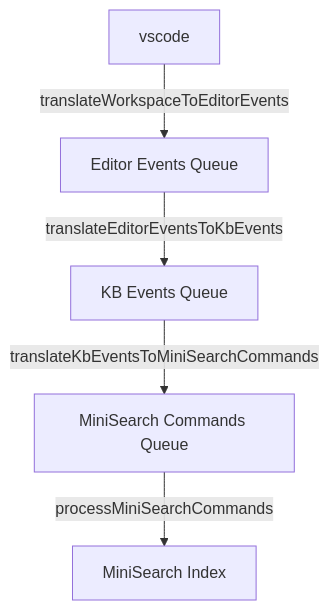
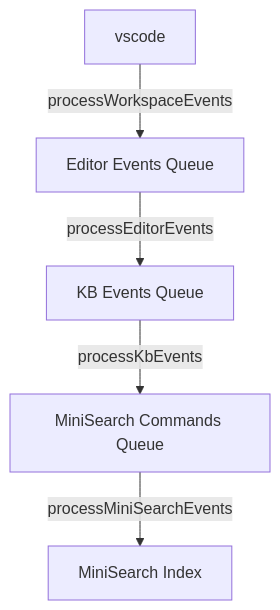
Before and after one commit to AlexandriteSoftware/markdown-search: the diagram in src/Extension.md, drawn with Mermaid. The commit also changed 46 other files, not shown here.

````diff
--- a/src/Extension.md
+++ b/src/Extension.md
@@ -5,8 +5,8 @@
 ```mermaid
 flowchart TB
 
-A[vscode] -->|translateWorkspaceToEditorEvents| B[Editor Events Queue]
-B -->|translateEditorEventsToKbEvents| C[KB Events Queue]
-C -->|translateKbEventsToMiniSearchCommands| D[MiniSearch Commands Queue]
-D -->|processMiniSearchCommands| E[MiniSearch Index]
+A[vscode] -->|processWorkspaceEvents| B[Editor Events Queue]
+B -->|processEditorEvents| C[KB Events Queue]
+C -->|processKbEvents| D[MiniSearch Commands Queue]
+D -->|processMiniSearchEvents| E[MiniSearch Index]
 ```
````
